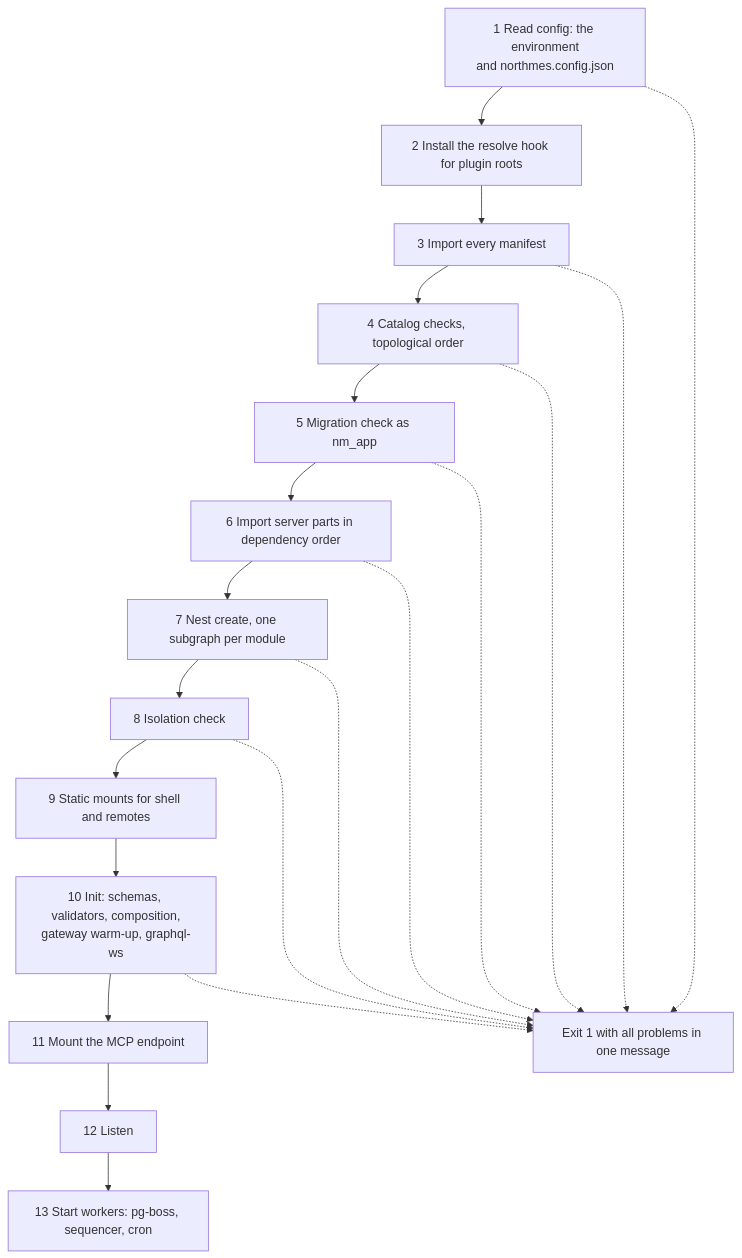
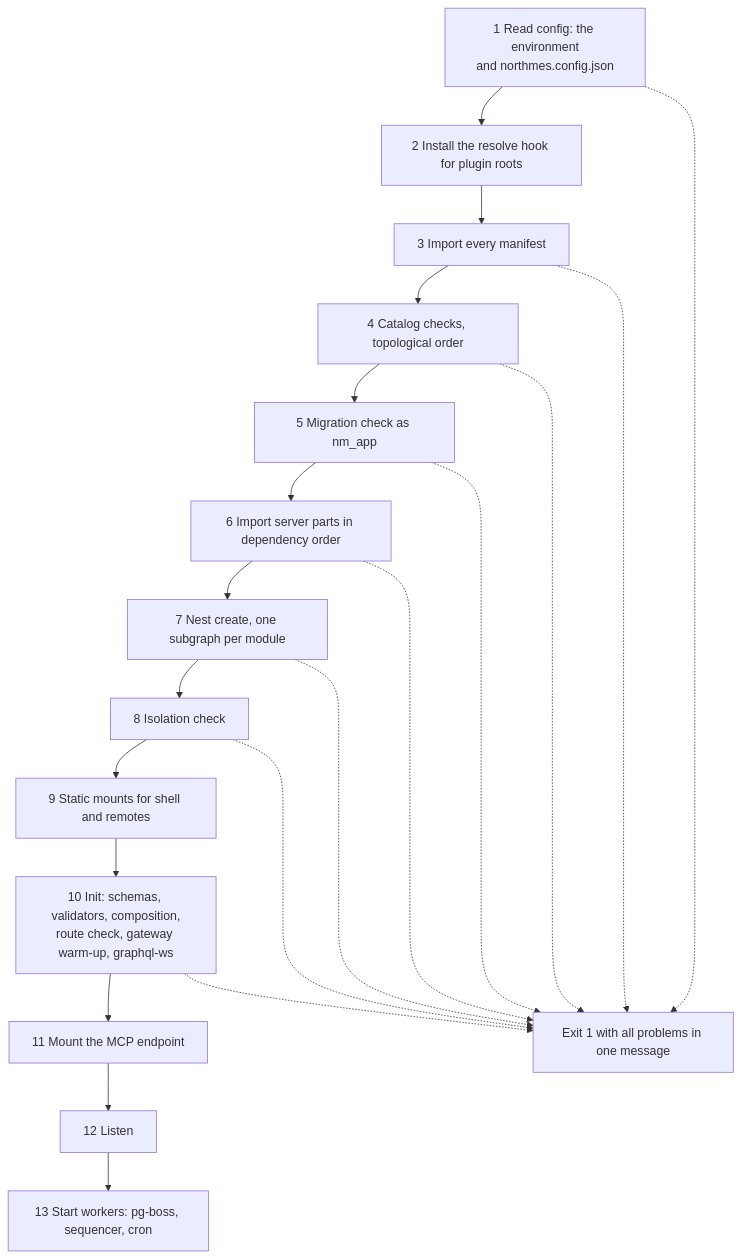
One commit to northMES/northmes changed the seventh of 7 diagrams in docs/plan/02-architecture.md. Above: the diagram before and after it, drawn with Mermaid. The commit also changed other lines of this file and 21 other files, not shown here.

````diff
--- a/docs/plan/02-architecture.md
+++ b/docs/plan/02-architecture.md
@@ -385,23 +385,23 @@
 ```mermaid
 flowchart TD
   s1["1 Read config: the environment<br/>and northmes.config.json"] --> s2["2 Install the resolve hook for plugin roots"]
   s2 --> s3["3 Import every manifest"]
   s3 --> s4["4 Catalog checks, topological order"]
   s4 --> s5["5 Migration check as nm_app"]
   s5 --> s6["6 Import server parts in dependency order"]
   s6 --> s7["7 Nest create, one subgraph per module"]
   s7 --> s8["8 Isolation check"]
   s8 --> s9["9 Static mounts for shell and remotes"]
-  s9 --> s10["10 Init: schemas, validators, composition,<br/>gateway warm-up, graphql-ws"]
+  s9 --> s10["10 Init: schemas, validators, composition,<br/>route check, gateway warm-up, graphql-ws"]
   s10 --> s11["11 Mount the MCP endpoint"]
   s11 --> s12["12 Listen"]
   s12 --> s13["13 Start workers: pg-boss, sequencer, cron"]
   s1 -.-> fail["Exit 1 with all problems in one message"]
   s3 -.-> fail
   s4 -.-> fail
   s5 -.-> fail
   s6 -.-> fail
   s7 -.-> fail
   s8 -.-> fail
   s10 -.-> fail
 ```
````
